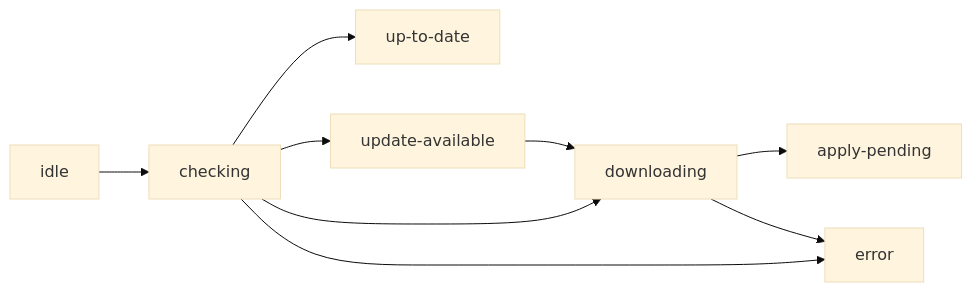
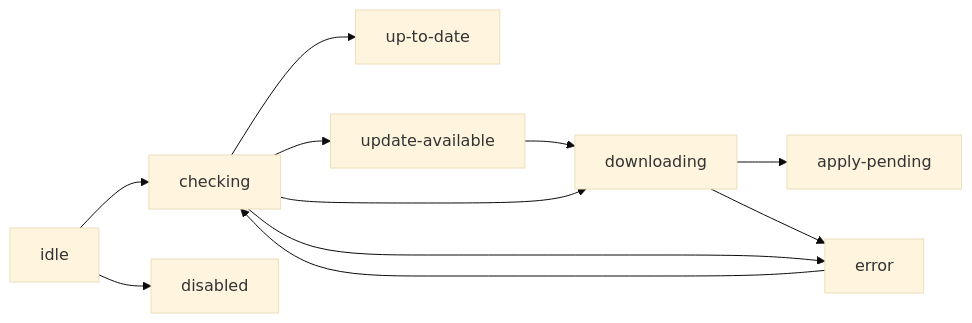
Before and after one commit to Scripting-Bear/dash-ota: the diagram in website/docs/react-native/use-ota-update.md, drawn with Mermaid (base theme). The commit also changed other lines of this file and 157 other files, not shown here.

````diff
--- a/website/docs/react-native/use-ota-update.md
+++ b/website/docs/react-native/use-ota-update.md
@@ -91,11 +112,13 @@
 ```mermaid
 flowchart LR
   idle --> checking
+  idle --> disabled
   checking --> up-to-date
   checking --> update-available
+  checking --> downloading
   update-available --> downloading
-  checking --> downloading
   downloading --> apply-pending
   checking --> error
   downloading --> error
+  error --> checking
 ```
````
